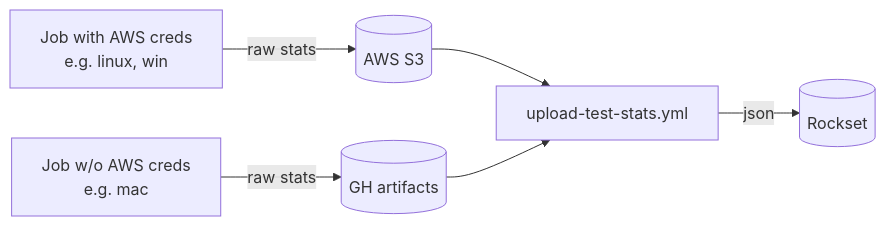
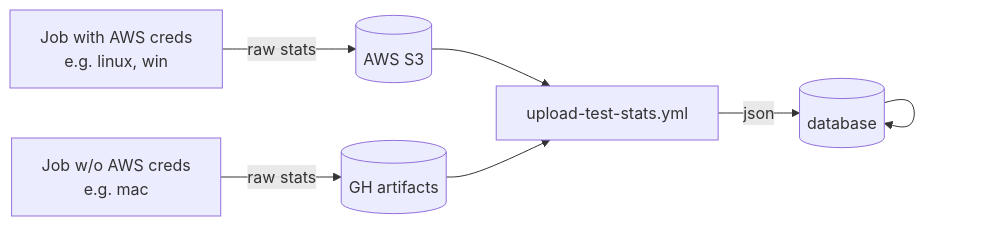
Before and after one commit to pytorch/pytorch: the diagram in tools/stats/README.md, drawn with Mermaid. The commit also changed other lines of this file and 20 other files, not shown here.

````diff
--- a/tools/stats/README.md
+++ b/tools/stats/README.md
@@ -13,10 +13,10 @@
 ```mermaid
 graph LR
     J1[Job with AWS creds<br>e.g. linux, win] --raw stats--> S3[(AWS S3)]
     J2[Job w/o AWS creds<br>e.g. mac] --raw stats--> GHA[(GH artifacts)]
 
     S3 --> uts[upload-test-stats.yml]
     GHA --> uts
 
-    uts --json--> R[(Rockset)]
+    uts --json--> R[(s3)] --> R[(database)]
 ```
````
